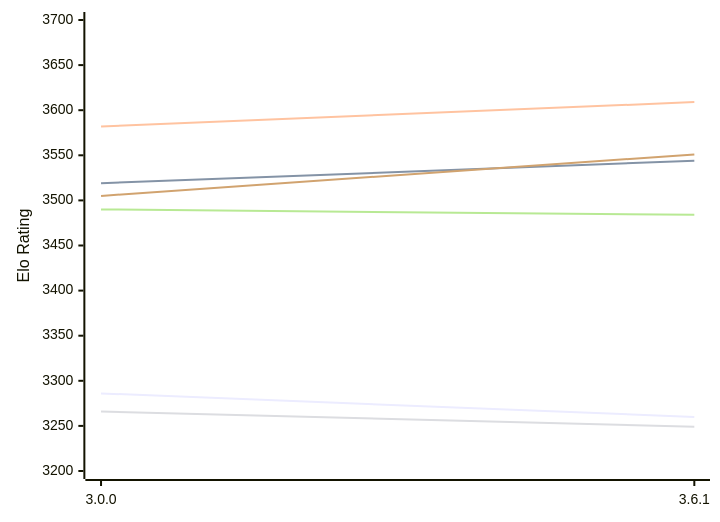
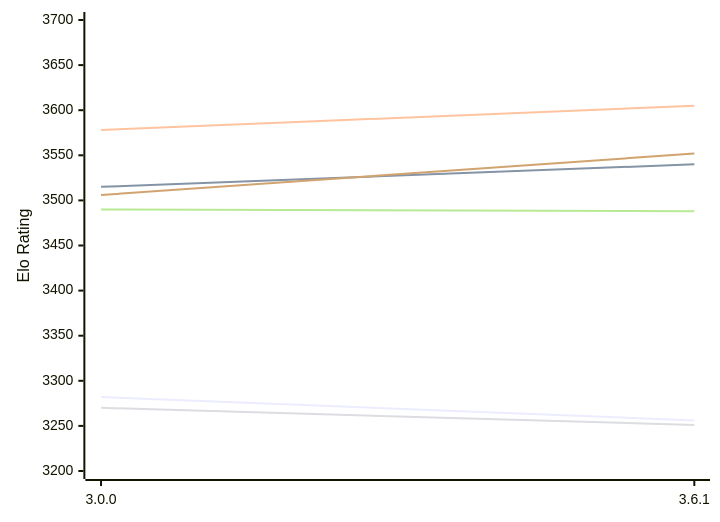
One commit to computer-chess-index/cci changed the diagram in engines/Peras.md. Above: the diagram before and after it, drawn with Mermaid. The commit also changed other lines of this file, not shown here.

Commit message:
Update CCI Ratings (ELO VLTC) - 2026-11-21

````diff
--- a/engines/Peras.md
+++ b/engines/Peras.md
@@ -49,12 +49,12 @@
 ```mermaid
 %%{init: {"theme":"base","themeVariables":{"seriesColors:['#a3a3a3','#222221','#faa371']}}}%%
 xychart-beta
   x-axis ["3.0.0", "3.6.1"]
   y-axis "Elo Rating" 3200 --> 3700
-  line "E1: STC (8.0+0.08s)" [3286, 3260]
-  line "E1: LTC (60.0+0.60s)" [3519, 3544]
-  line "E1: VLTC (2m24s+1.12s)" [3582, 3609]
-  line "P1: STC (8.0+0.08s)" [3266, 3249]
-  line "P1: LTC (60.0+0.60s)" [3490, 3484]
-  line "P1: VLTC (2m24s+1.12s)" [3505, 3551]
+  line "E1: STC (8.0+0.08s)" [3282, 3256]
+  line "E1: LTC (60.0+0.60s)" [3515, 3540]
+  line "E1: VLTC (2m24s+1.12s)" [3578, 3605]
+  line "P1: STC (8.0+0.08s)" [3270, 3251]
+  line "P1: LTC (60.0+0.60s)" [3490, 3488]
+  line "P1: VLTC (2m24s+1.12s)" [3506, 3552]
 ```
````
